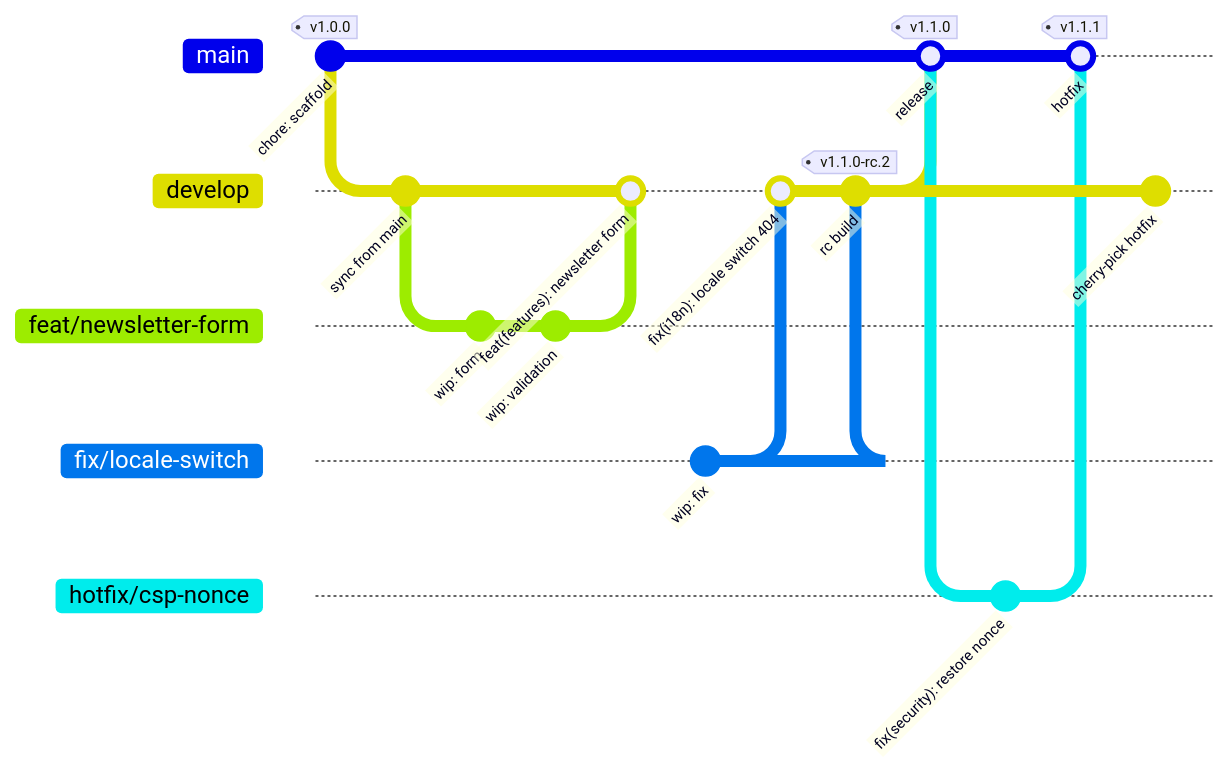
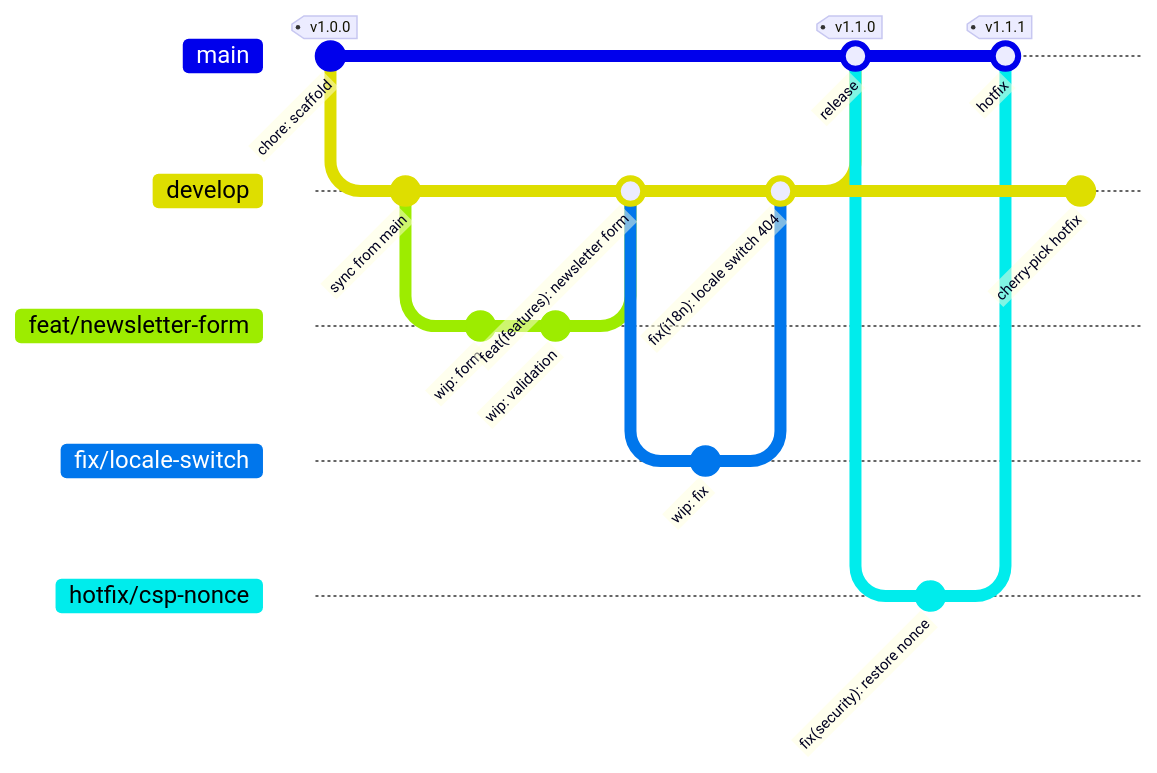
One commit to iuriishikov/vladimirshikov-site changed the diagram in docs/branching.md. Above: the diagram before and after it, drawn with Mermaid. The commit also changed other lines of this file and 9 other files, not shown here.

````diff
--- a/docs/branching.md
+++ b/docs/branching.md
@@ -23,29 +23,27 @@
 ```mermaid
 gitGraph
    commit id: "chore: scaffold" tag: "v1.0.0"
    branch develop
    checkout develop
    commit id: "sync from main"
    branch feat/newsletter-form
    checkout feat/newsletter-form
    commit id: "wip: form"
    commit id: "wip: validation"
    checkout develop
    merge feat/newsletter-form id: "feat(features): newsletter form"
-   commit id: "rc build" tag: "v1.1.0-rc.1"
    branch fix/locale-switch
    checkout fix/locale-switch
    commit id: "wip: fix"
    checkout develop
    merge fix/locale-switch id: "fix(i18n): locale switch 404"
-   commit id: "rc build" tag: "v1.1.0-rc.2"
    checkout main
    merge develop id: "release" tag: "v1.1.0"
    branch hotfix/csp-nonce
    checkout hotfix/csp-nonce
    commit id: "fix(security): restore nonce"
    checkout main
    merge hotfix/csp-nonce id: "hotfix" tag: "v1.1.1"
    checkout develop
    commit id: "cherry-pick hotfix"
 ```
````
